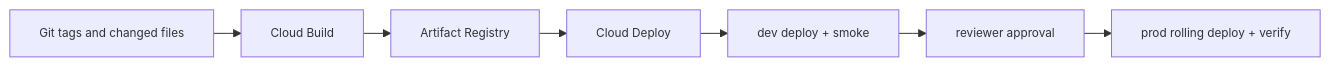
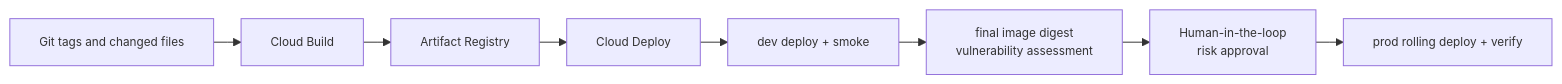
One commit to pilprod/yourown-chat changed the seventh of 10 diagrams in README.md. Above: the diagram before and after it, drawn with Mermaid. The commit also changed other lines of this file, not shown here.

Commit message:
docs: add release vulnerability risk gate

````diff
--- a/README.md
+++ b/README.md
@@ -679,10 +679,11 @@
 ```mermaid
 %%{init: {"flowchart": {"nodeSpacing": 18, "rankSpacing": 28, "curve": "linear"}, "themeVariables": {"fontSize": "12px"}}}%%
 flowchart LR
   G["Git tags and changed files"] --> B["Cloud Build"]
   B --> R["Artifact Registry"]
   R --> D["Cloud Deploy"]
   D --> V["dev deploy + smoke"]
-  V --> A["reviewer approval"]
+  V --> S["final image digest<br/>vulnerability assessment"]
+  S --> A["Human-in-the-loop<br/>risk approval"]
   A --> P["prod rolling deploy + verify"]
 ```
````
